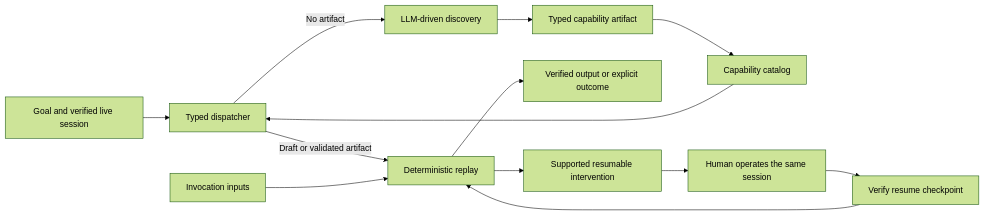
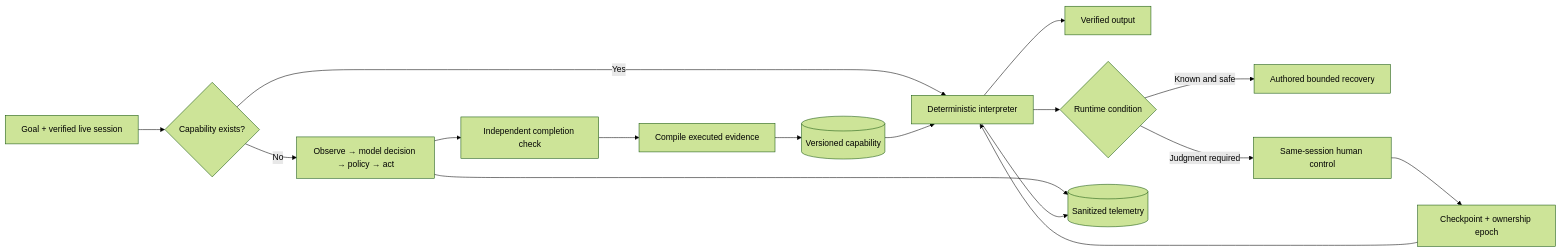
Before and after one commit to bchauu/computer-use-discovery-replay: the diagram in README.md, drawn with Mermaid (forest theme). The commit also changed other lines of this file and 35 other files, not shown here.

````diff
--- a/README.md
+++ b/README.md
@@ -15,15 +35,18 @@
 ```mermaid
 flowchart LR
-    Goal[Goal and verified live session] --> Dispatch[Typed dispatcher]
-    Catalog[Capability catalog] --> Dispatch
-    Dispatch -->|No artifact| Discovery[LLM-driven discovery]
-    Discovery --> Artifact[Typed capability artifact]
-    Artifact --> Catalog
-    Dispatch -->|Draft or validated artifact| Replay[Deterministic replay]
-    Inputs[Invocation inputs] --> Replay
-    Replay --> Result[Verified output or explicit outcome]
-    Replay --> Intervention[Supported resumable intervention]
-    Intervention --> Human[Human operates the same session]
-    Human --> Check[Verify resume checkpoint]
+    Goal[Goal + verified live session] --> Dispatch{Capability exists?}
+    Dispatch -->|No| Discover[Observe → model decision → policy → act]
+    Discover --> Verify[Independent completion check]
+    Verify --> Compile[Compile executed evidence]
+    Compile --> Catalog[(Versioned capability)]
+    Dispatch -->|Yes| Replay[Deterministic interpreter]
+    Catalog --> Replay
+    Replay --> Result[Verified output]
+    Replay --> Condition{Runtime condition}
+    Condition -->|Known and safe| Recover[Authored bounded recovery]
+    Condition -->|Judgment required| Human[Same-session human control]
+    Human --> Check[Checkpoint + ownership epoch]
     Check --> Replay
+    Discover --> Events[(Sanitized telemetry)]
+    Replay --> Events
 ```
````
